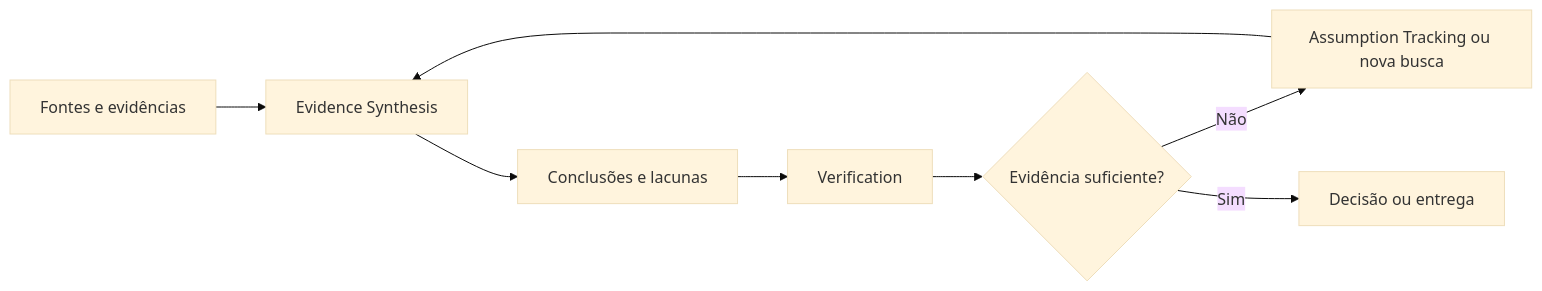
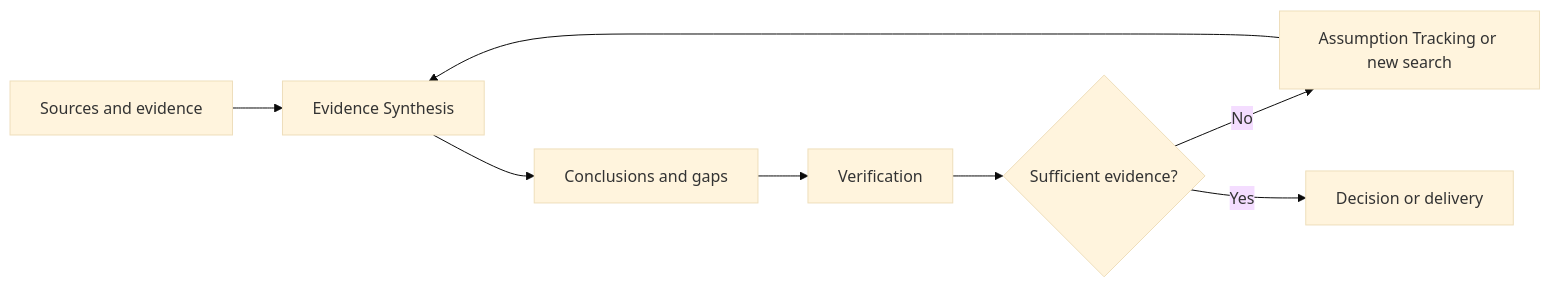
One commit to rpelizza/PelizzAI changed the second of 4 diagrams in .claude/skills/pelizzai-reasoning/techniques/evidence-synthesis.md. Above: the diagram before and after it, drawn with Mermaid (base theme). The commit also changed other lines of this file and 362 other files, not shown here.

````diff
--- a/.claude/skills/pelizzai-reasoning/techniques/evidence-synthesis.md
+++ b/.claude/skills/pelizzai-reasoning/techniques/evidence-synthesis.md
@@ -113,10 +113,10 @@
 ```mermaid
 flowchart LR
-    A[Fontes e evidências] --> B[Evidence Synthesis]
-    B --> C[Conclusões e lacunas]
+    A[Sources and evidence] --> B[Evidence Synthesis]
+    B --> C[Conclusions and gaps]
     C --> D[Verification]
-    D --> E{Evidência suficiente?}
-    E -- Não --> F[Assumption Tracking ou nova busca]
+    D --> E{Sufficient evidence?}
+    E -- No --> F[Assumption Tracking or new search]
     F --> B
-    E -- Sim --> G[Decisão ou entrega]
+    E -- Yes --> G[Decision or delivery]
 ```
````
